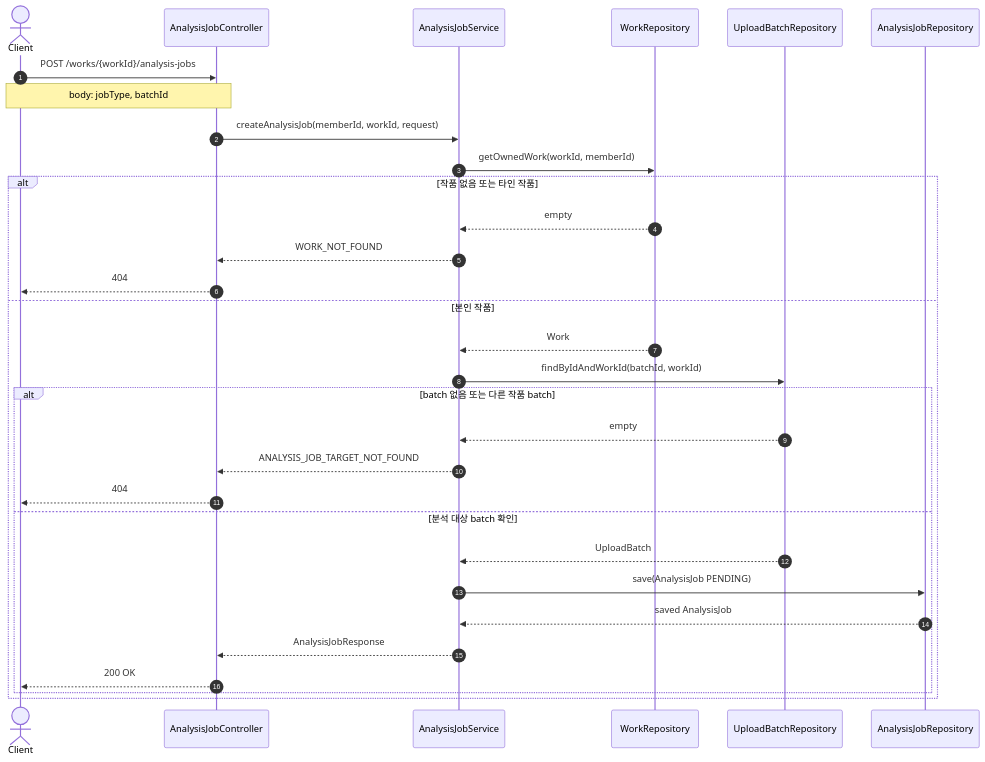
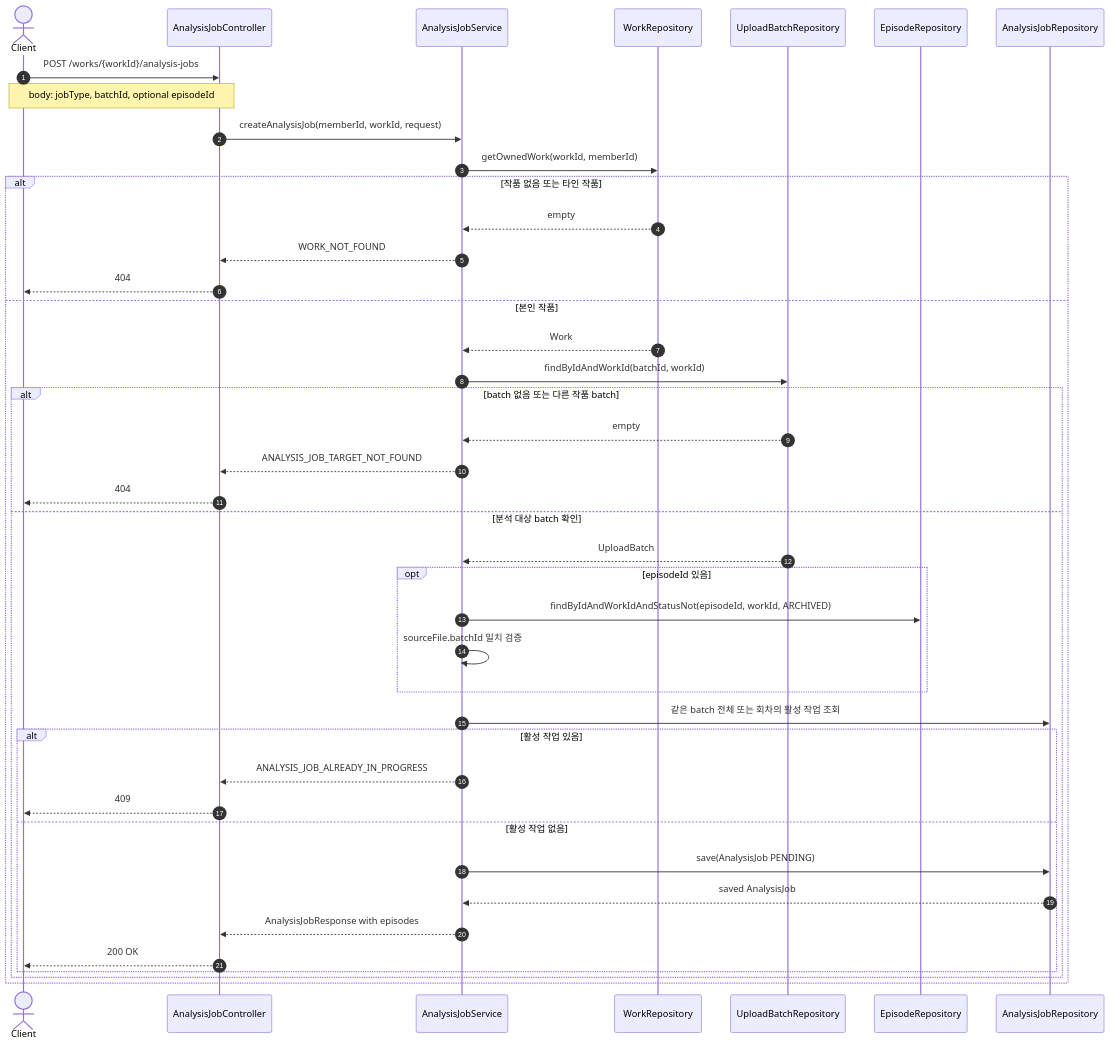
One commit to catchhole-soma/catchhole-backend-java changed the fourth of 10 diagrams in docs/analysis-workflow.md. Above: the diagram before and after it, drawn with Mermaid. The commit also changed other lines of this file and 9 other files, not shown here.

````diff
--- a/docs/analysis-workflow.md
+++ b/docs/analysis-workflow.md
@@ -103,34 +108,45 @@
 ```mermaid
 sequenceDiagram
     autonumber
     actor Client
     participant Controller as AnalysisJobController
     participant Service as AnalysisJobService
     participant WorkRepo as WorkRepository
     participant BatchRepo as UploadBatchRepository
+    participant EpisodeRepo as EpisodeRepository
     participant JobRepo as AnalysisJobRepository
 
     Client->>Controller: POST /works/{workId}/analysis-jobs
-    Note over Client,Controller: body: jobType, batchId
+    Note over Client,Controller: body: jobType, batchId, optional episodeId
     Controller->>Service: createAnalysisJob(memberId, workId, request)
     Service->>WorkRepo: getOwnedWork(workId, memberId)
     alt 작품 없음 또는 타인 작품
         WorkRepo-->>Service: empty
         Service-->>Controller: WORK_NOT_FOUND
         Controller-->>Client: 404
     else 본인 작품
         WorkRepo-->>Service: Work
         Service->>BatchRepo: findByIdAndWorkId(batchId, workId)
         alt batch 없음 또는 다른 작품 batch
             BatchRepo-->>Service: empty
             Service-->>Controller: ANALYSIS_JOB_TARGET_NOT_FOUND
             Controller-->>Client: 404
         else 분석 대상 batch 확인
             BatchRepo-->>Service: UploadBatch
-            Service->>JobRepo: save(AnalysisJob PENDING)
-            JobRepo-->>Service: saved AnalysisJob
-            Service-->>Controller: AnalysisJobResponse
-            Controller-->>Client: 200 OK
+            opt episodeId 있음
+                Service->>EpisodeRepo: findByIdAndWorkIdAndStatusNot(episodeId, workId, ARCHIVED)
+                Service->>Service: sourceFile.batchId 일치 검증
+            end
+            Service->>JobRepo: 같은 batch 전체 또는 회차의 활성 작업 조회
+            alt 활성 작업 있음
+                Service-->>Controller: ANALYSIS_JOB_ALREADY_IN_PROGRESS
+                Controller-->>Client: 409
+            else 활성 작업 없음
+                Service->>JobRepo: save(AnalysisJob PENDING)
+                JobRepo-->>Service: saved AnalysisJob
+                Service-->>Controller: AnalysisJobResponse with episodes
+                Controller-->>Client: 200 OK
+            end
         end
     end
 ```
````
